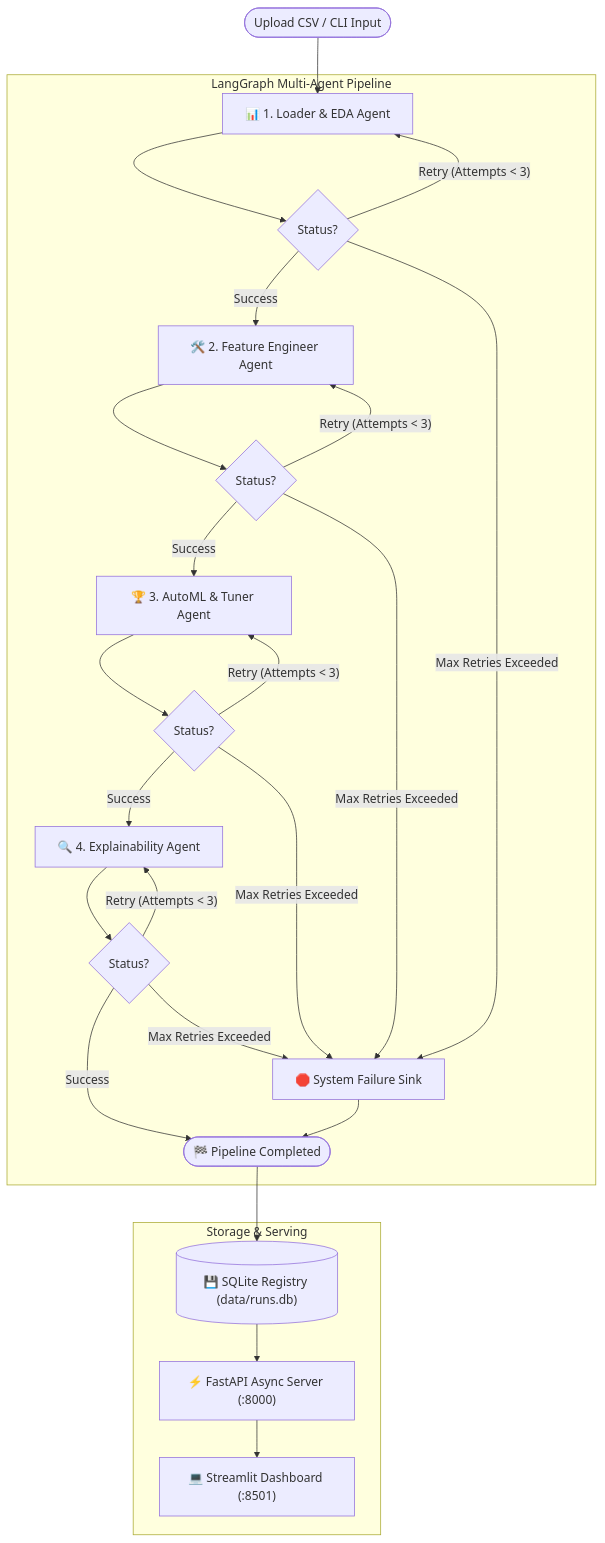
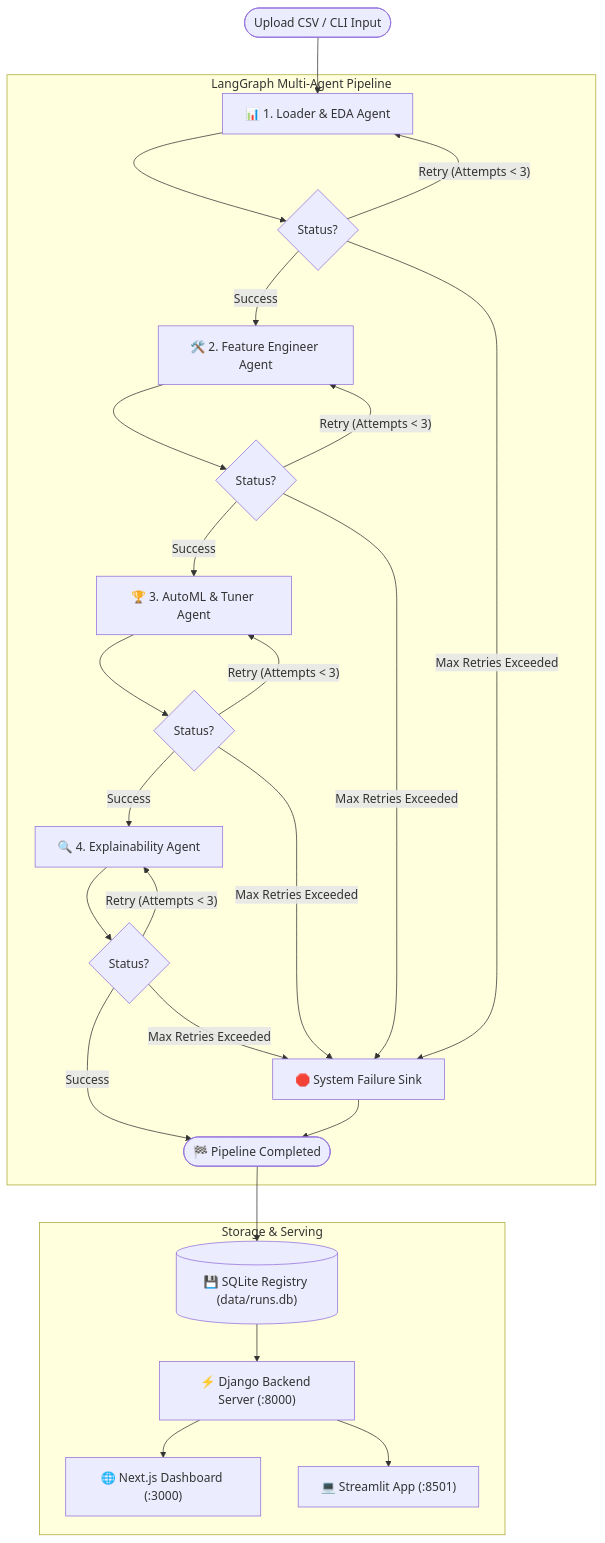
Before and after one commit to SubhadeepSarkar04/Multi_Agent_Autonomous_Data_Analyzer: the diagram in README.md, drawn with Mermaid. The commit also changed other lines of this file and 32 other files, not shown here.

Commit message:
feat: migrate backend to Django, add execution control panel, and update all frontend components

````diff
--- a/README.md
+++ b/README.md
@@ -43,33 +43,34 @@
 ```mermaid
 flowchart TD
     Start([Upload CSV / CLI Input]) --> Loader["📊 1. Loader & EDA Agent"]
 
     subgraph LangGraph Multi-Agent Pipeline
         Loader --> Check1{Status?}
         Check1 -- Retry (Attempts < 3) --> Loader
         Check1 -- Success --> FE["🛠️ 2. Feature Engineer Agent"]
         Check1 -- Max Retries Exceeded --> Sink["🛑 System Failure Sink"]
 
         FE --> Check2{Status?}
         Check2 -- Retry (Attempts < 3) --> FE
         Check2 -- Success --> Tuner["🏆 3. AutoML & Tuner Agent"]
         Check2 -- Max Retries Exceeded --> Sink
 
         Tuner --> Check3{Status?}
         Check3 -- Retry (Attempts < 3) --> Tuner
         Check3 -- Success --> Explainer["🔍 4. Explainability Agent"]
         Check3 -- Max Retries Exceeded --> Sink
 
         Explainer --> Check4{Status?}
         Check4 -- Retry (Attempts < 3) --> Explainer
         Check4 -- Success --> EndNode([🏁 Pipeline Completed])
         Check4 -- Max Retries Exceeded --> Sink
         Sink --> EndNode
     end
 
     subgraph Storage & Serving
         EndNode --> SQLite[("💾 SQLite Registry (data/runs.db)")]
-        SQLite --> FastAPI["⚡ FastAPI Async Server (:8000)"]
-        FastAPI --> Streamlit["💻 Streamlit Dashboard (:8501)"]
+        SQLite --> Django["⚡ Django Backend Server (:8000)"]
+        Django --> NextJS["🌐 Next.js Dashboard (:3000)"]
+        Django --> Streamlit["💻 Streamlit App (:8501)"]
     end
 ```
````
